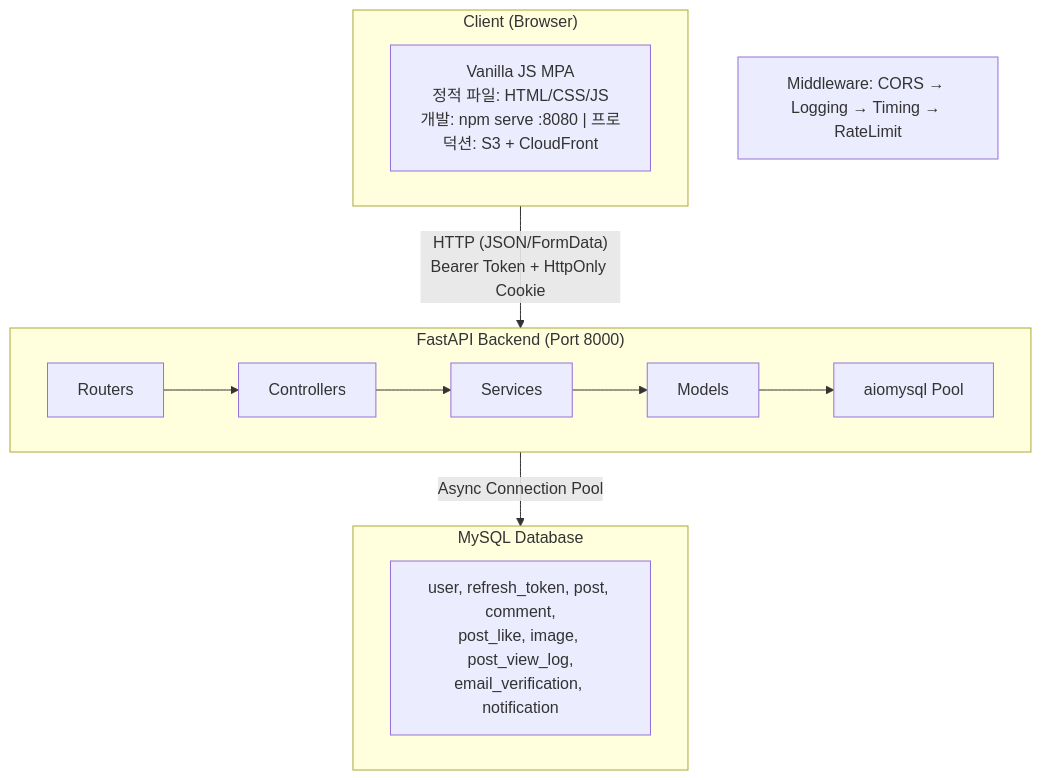
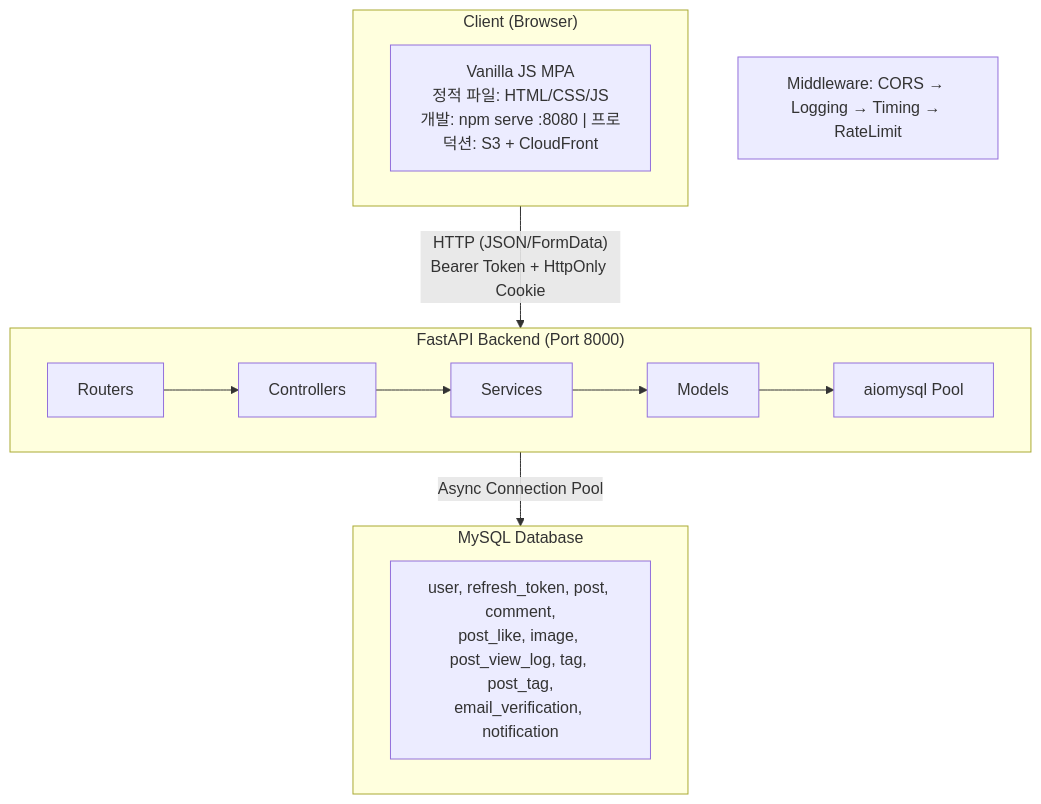
The first of 3 diagrams in README.md (revenantonthemission/2-cho-community-be), drawn with Mermaid before and after one commit. The commit also changed other lines of this file and 1 other file, not shown here.

````diff
--- a/README.md
+++ b/README.md
@@ -44,21 +46,21 @@
 ```mermaid
 flowchart TD
     subgraph Client["Client (Browser)"]
         FE["Vanilla JS MPA<br/>정적 파일: HTML/CSS/JS<br/>개발: npm serve :8080 | 프로덕션: S3 + CloudFront"]
     end
 
     Client -->|"HTTP (JSON/FormData)<br/>Bearer Token + HttpOnly Cookie"| Backend
 
     subgraph Backend["FastAPI Backend (Port 8000)"]
         direction LR
         Routers --> Controllers --> Services --> Models --> Pool["aiomysql Pool"]
     end
 
     note["Middleware: CORS → Logging → Timing → RateLimit"]
 
     Backend -->|"Async Connection Pool"| DB
 
     subgraph DB["MySQL Database"]
-        Tables["user, refresh_token, post, comment,<br/>post_like, image, post_view_log,<br/>email_verification, notification"]
+        Tables["user, refresh_token, post, comment,<br/>post_like, image, post_view_log, tag, post_tag,<br/>email_verification, notification"]
     end
 ```
````
